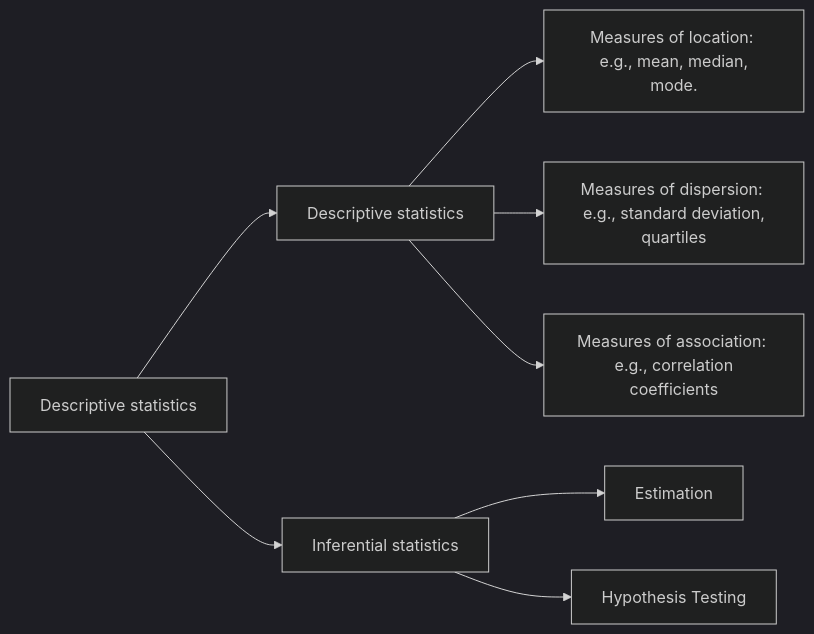
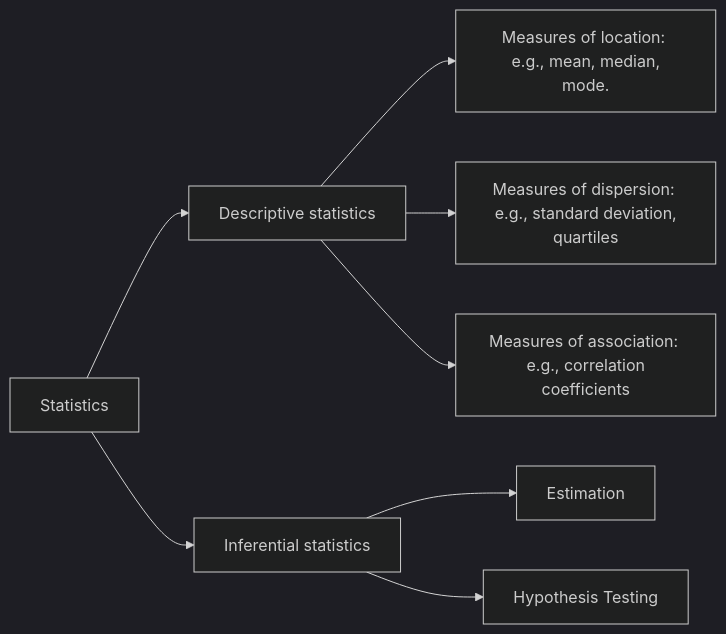
One commit to bougioukas/medstatsjamovi123 changed the diagram in introduction.qmd. Above: the diagram before and after it, drawn with Mermaid (dark theme). The commit also changed other lines of this file and 2 other files, not shown here.

````diff
--- a/introduction.qmd
+++ b/introduction.qmd
@@ -43,16 +33,16 @@
 ```{mermaid}
 %%| column: screen-inset-right
 %%| label: fig-branches
 %%| fig-width: 9
 %%| fig-cap: The discipline of statistics and its two branches, descriptive statistics and inferential statistics
 
 flowchart LR
   
-    A[Descriptive statistics]--> B[Descriptive statistics]
+    A[Statistics]--> B[Descriptive statistics]
     A --> C[Inferential statistics]
     B --> D[Measures of location: <br/> e.g., mean, median, mode.]
     B --> E[Measures of dispersion: <br/> e.g., standard deviation, quartiles]
     B --> F[Measures of association: <br/> e.g., correlation coefficients]
     C --> G[Estimation]
     C --> H[Hypothesis Testing]
 ```
````
